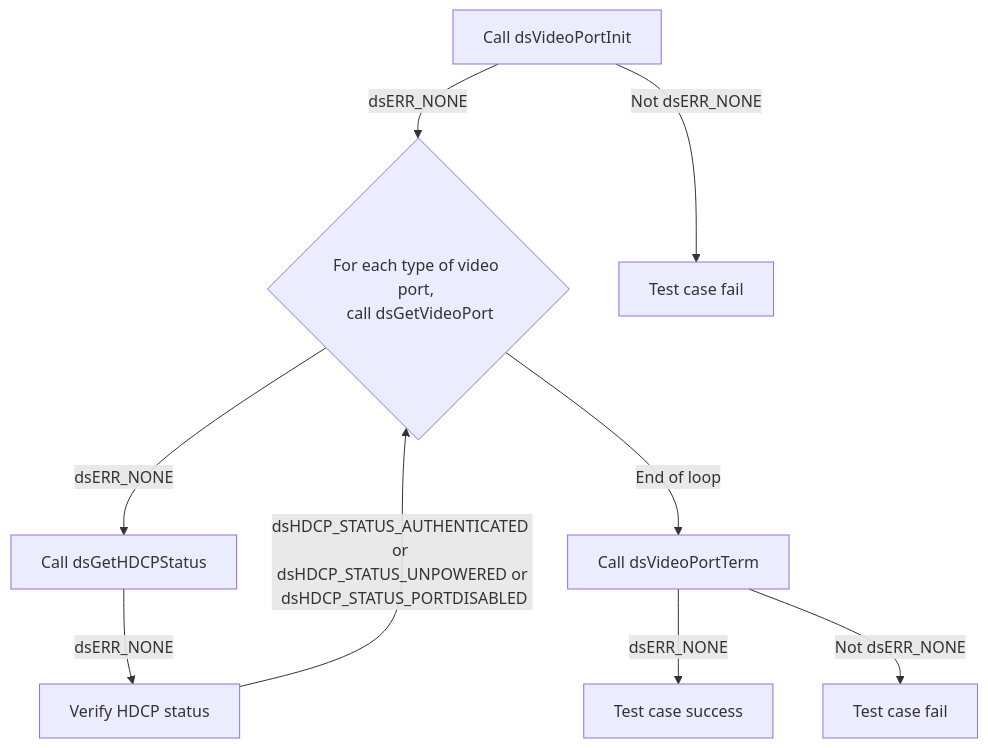
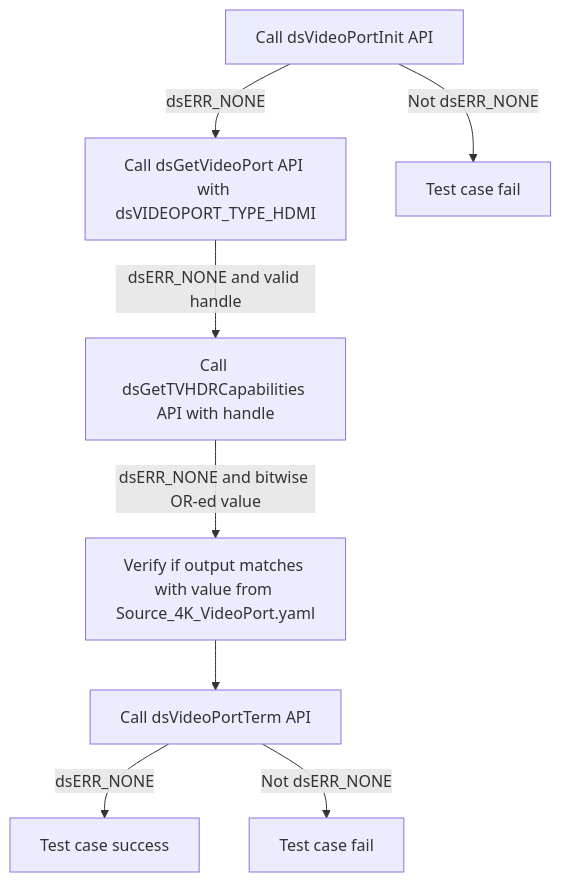
One commit to rdkcentral/rdk-halif-test-device_settings changed diagram 11 of 30 in docs/pages/dsVideoPort_L2_Low-Level_TestSpecification.md. Above: the diagram before and after it, drawn with Mermaid. The commit also changed other lines of this file and 5 other files, not shown here.

````diff
--- a/docs/pages/dsVideoPort_L2_Low-Level_TestSpecification.md
+++ b/docs/pages/dsVideoPort_L2_Low-Level_TestSpecification.md
@@ -426,11 +511,10 @@
 ```mermaid
 graph TB
-A[Call dsVideoPortInit] -->|dsERR_NONE| B{For each type of video port, <br> call dsGetVideoPort }
-A -->|Not dsERR_NONE| A1[Test case fail]
-B -->|dsERR_NONE| C[Call dsGetHDCPStatus]
-C -->|dsERR_NONE| D[Verify HDCP status]
-D -->|dsHDCP_STATUS_AUTHENTICATED or <br> dsHDCP_STATUS_UNPOWERED or <br> dsHDCP_STATUS_PORTDISABLED| B
-B -->|End of loop| E[Call dsVideoPortTerm]
-E -->|dsERR_NONE| F[Test case success]
-E -->|Not dsERR_NONE| E1[Test case fail]
+    A[Call dsVideoPortInit API] -->|dsERR_NONE| B[Call dsGetVideoPort API with dsVIDEOPORT_TYPE_HDMI]
+    A -->|Not dsERR_NONE| A1[Test case fail]
+    B -->|dsERR_NONE and valid handle| C[Call dsGetTVHDRCapabilities API with handle]
+    C -->|dsERR_NONE and bitwise OR-ed value| D[Verify if output matches with value from Source_4K_VideoPort.yaml]
+    D --> E[Call dsVideoPortTerm API]
+    E -->|dsERR_NONE| F[Test case success]
+    E -->|Not dsERR_NONE| E1[Test case fail]
 ```
````
